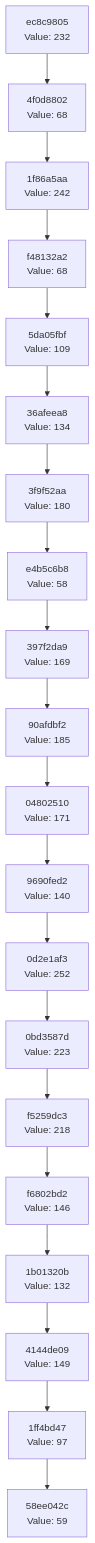
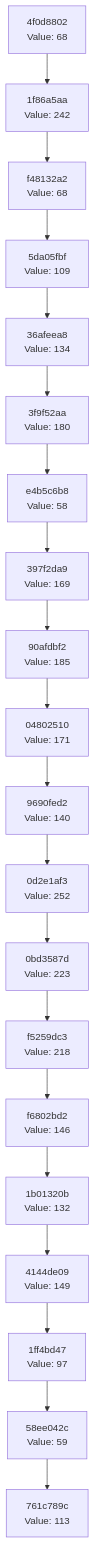
Before and after one commit to Abhisheksinha1506/hash-chain-evolver: the diagram in docs/CHAIN_VISUALIZATION.md, drawn with Mermaid. The commit also changed 1 other file, not shown here.

Commit message:
Evolution step: hash 0x71 → action executed

````diff
--- a/docs/CHAIN_VISUALIZATION.md
+++ b/docs/CHAIN_VISUALIZATION.md
@@ -3,42 +3,42 @@
 ```mermaid
 graph TD
-    C0["58ee042c<br/>Value: 59"]
-    C1["1ff4bd47<br/>Value: 97"]
+    C0["761c789c<br/>Value: 113"]
+    C1["58ee042c<br/>Value: 59"]
     C1 --> C0
-    C2["4144de09<br/>Value: 149"]
+    C2["1ff4bd47<br/>Value: 97"]
     C2 --> C1
-    C3["1b01320b<br/>Value: 132"]
+    C3["4144de09<br/>Value: 149"]
     C3 --> C2
-    C4["f6802bd2<br/>Value: 146"]
+    C4["1b01320b<br/>Value: 132"]
     C4 --> C3
-    C5["f5259dc3<br/>Value: 218"]
+    C5["f6802bd2<br/>Value: 146"]
     C5 --> C4
-    C6["0bd3587d<br/>Value: 223"]
+    C6["f5259dc3<br/>Value: 218"]
     C6 --> C5
-    C7["0d2e1af3<br/>Value: 252"]
+    C7["0bd3587d<br/>Value: 223"]
     C7 --> C6
-    C8["9690fed2<br/>Value: 140"]
+    C8["0d2e1af3<br/>Value: 252"]
     C8 --> C7
-    C9["04802510<br/>Value: 171"]
+    C9["9690fed2<br/>Value: 140"]
     C9 --> C8
-    C10["90afdbf2<br/>Value: 185"]
+    C10["04802510<br/>Value: 171"]
     C10 --> C9
-    C11["397f2da9<br/>Value: 169"]
+    C11["90afdbf2<br/>Value: 185"]
     C11 --> C10
-    C12["e4b5c6b8<br/>Value: 58"]
+    C12["397f2da9<br/>Value: 169"]
     C12 --> C11
-    C13["3f9f52aa<br/>Value: 180"]
+    C13["e4b5c6b8<br/>Value: 58"]
     C13 --> C12
-    C14["36afeea8<br/>Value: 134"]
+    C14["3f9f52aa<br/>Value: 180"]
     C14 --> C13
-    C15["5da05fbf<br/>Value: 109"]
+    C15["36afeea8<br/>Value: 134"]
     C15 --> C14
-    C16["f48132a2<br/>Value: 68"]
+    C16["5da05fbf<br/>Value: 109"]
     C16 --> C15
-    C17["1f86a5aa<br/>Value: 242"]
+    C17["f48132a2<br/>Value: 68"]
     C17 --> C16
-    C18["4f0d8802<br/>Value: 68"]
+    C18["1f86a5aa<br/>Value: 242"]
     C18 --> C17
-    C19["ec8c9805<br/>Value: 232"]
+    C19["4f0d8802<br/>Value: 68"]
     C19 --> C18
 ```
````
